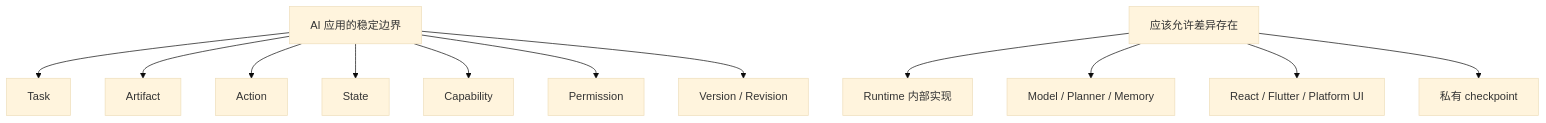
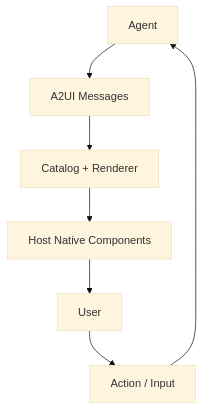
One commit to Nunchakus888/dossierkit changed the fourth of 19 diagrams in profiles/default/content/zh/notes/ag-ui-a2ui-agent-runtime-generative-ui-ai-native.mdx. Above: the diagram before and after it, drawn with Mermaid (base theme). The commit also changed other lines of this file, not shown here.

Commit message:
Update note: 从聊天框到 AI 原生交互：跨 Agent、跨平台的应用架构

```diff
--- a/profiles/default/content/zh/notes/ag-ui-a2ui-agent-runtime-generative-ui-ai-native.mdx
+++ b/profiles/default/content/zh/notes/ag-ui-a2ui-agent-runtime-generative-ui-ai-native.mdx
@@ -250,17 +204,11 @@
 ~~~mermaid
 flowchart TB
-  A["AI 应用的稳定边界"]
-  A --> T["Task"]
-  A --> AR["Artifact"]
-  A --> AC["Action"]
-  A --> S["State"]
-  A --> C["Capability"]
-  A --> P["Permission"]
-  A --> V["Version / Revision"]
+  A["Agent"]
+  --> M["A2UI Messages"]
+  --> C["Catalog + Renderer"]
+  --> H["Host Native Components"]
+  --> U["User"]
 
-  B["应该允许差异存在"]
-  B --> R["Runtime 内部实现"]
-  B --> M["Model / Planner / Memory"]
-  B --> UI["React / Flutter / Platform UI"]
-  B --> CP["私有 checkpoint"]
+  U --> ACT["Action / Input"]
+  ACT --> A
 ~~~
```
